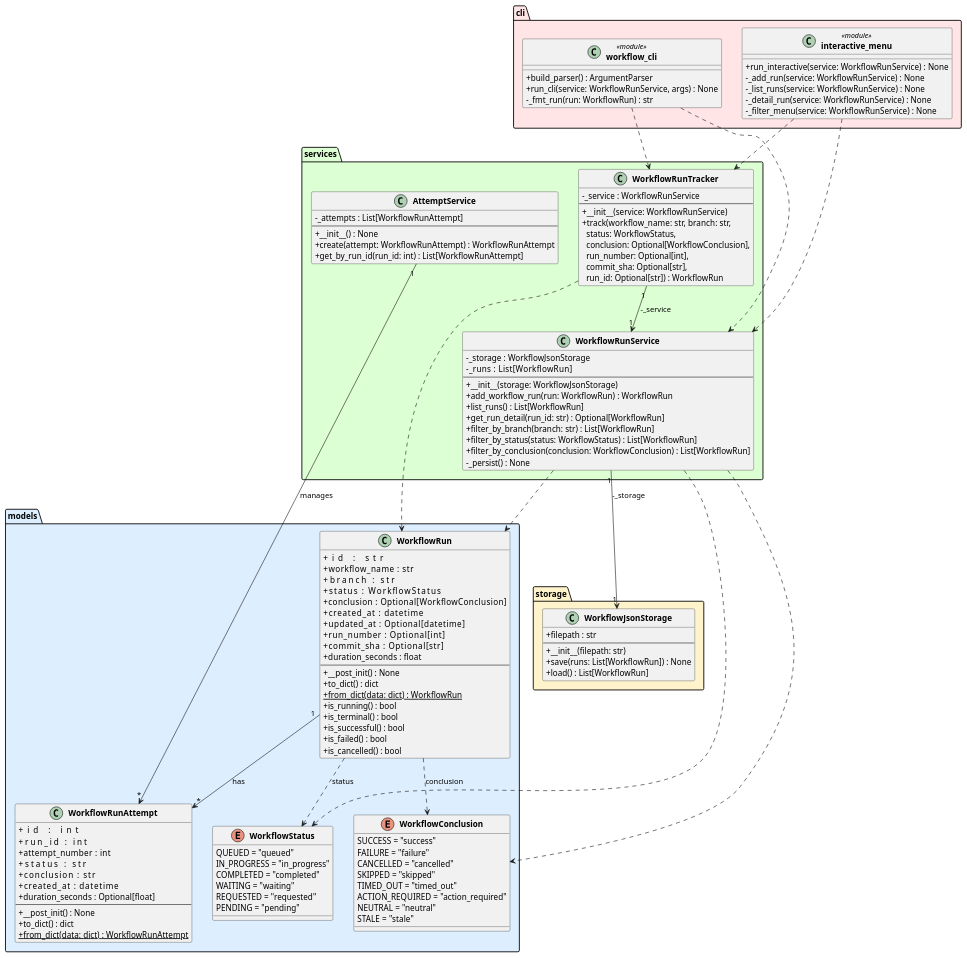
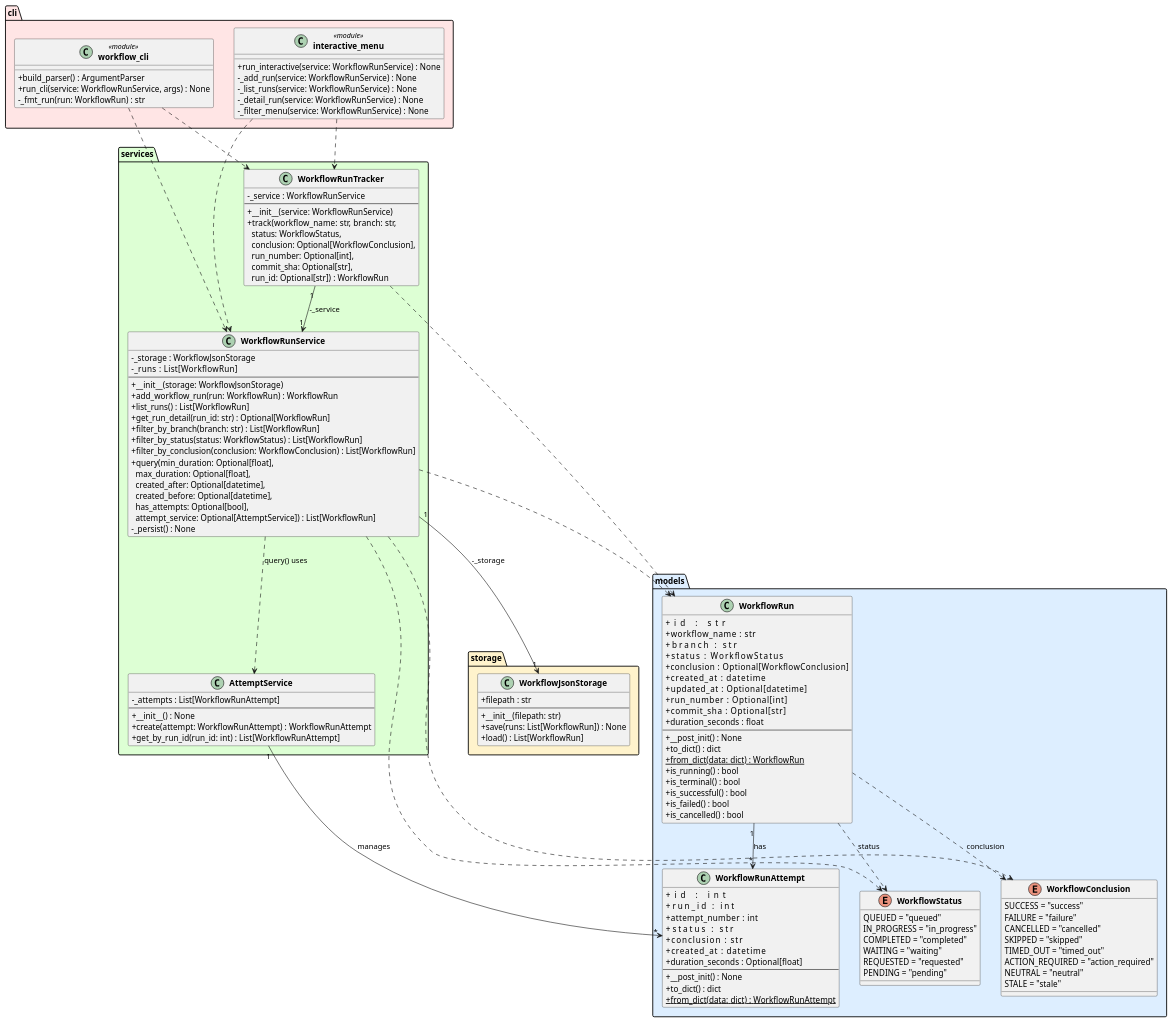
The diagram in experiments/pipeline/test_driven/github-workflow-manager/artifacts/class_diagram.puml (DanielRiha8906/Software_autoevolution_using_agents), drawn with PlantUML before and after one commit. The commit also changed 9 other files, not shown here.

First line of the commit message:
Task 05: Implement WorkflowRunService query functionality

```diff
--- a/experiments/pipeline/test_driven/github-workflow-manager/artifacts/class_diagram.puml
+++ b/experiments/pipeline/test_driven/github-workflow-manager/artifacts/class_diagram.puml
@@ -1,136 +1,138 @@
 @startuml class_diagram
 
 skinparam classAttributeIconSize 0
 skinparam classFontStyle bold
 
 package "models" #DDEEFF {
     enum WorkflowStatus {
         QUEUED = "queued"
         IN_PROGRESS = "in_progress"
         COMPLETED = "completed"
         WAITING = "waiting"
         REQUESTED = "requested"
         PENDING = "pending"
     }
 
     enum WorkflowConclusion {
         SUCCESS = "success"
         FAILURE = "failure"
         CANCELLED = "cancelled"
         SKIPPED = "skipped"
         TIMED_OUT = "timed_out"
         ACTION_REQUIRED = "action_required"
         NEUTRAL = "neutral"
         STALE = "stale"
     }
 
     class WorkflowRun {
         +id                : str
         +workflow_name     : str
         +branch            : str
         +status            : WorkflowStatus
         +conclusion        : Optional[WorkflowConclusion]
         +created_at        : datetime
         +updated_at        : Optional[datetime]
         +run_number        : Optional[int]
         +commit_sha        : Optional[str]
         +duration_seconds  : float
         --
         +__post_init() : None
         +to_dict() : dict
         +{static} from_dict(data: dict) : WorkflowRun
         +is_running() : bool
         +is_terminal() : bool
         +is_successful() : bool
         +is_failed() : bool
         +is_cancelled() : bool
     }
 
     class WorkflowRunAttempt {
         +id                : int
         +run_id            : int
         +attempt_number    : int
         +status            : str
         +conclusion        : str
         +created_at        : datetime
         +duration_seconds  : Optional[float]
         --
         +__post_init() : None
         +to_dict() : dict
         +{static} from_dict(data: dict) : WorkflowRunAttempt
     }
 }
 
 package "storage" #FFF3CC {
     class WorkflowJsonStorage {
         +filepath : str
         --
         +__init__(filepath: str)
         +save(runs: List[WorkflowRun]) : None
         +load() : List[WorkflowRun]
     }
 }
 
 package "services" #DDFFD4 {
     class WorkflowRunService {
         -_storage : WorkflowJsonStorage
         -_runs    : List[WorkflowRun]
         --
         +__init__(storage: WorkflowJsonStorage)
         +add_workflow_run(run: WorkflowRun) : WorkflowRun
         +list_runs() : List[WorkflowRun]
         +get_run_detail(run_id: str) : Optional[WorkflowRun]
         +filter_by_branch(branch: str) : List[WorkflowRun]
         +filter_by_status(status: WorkflowStatus) : List[WorkflowRun]
         +filter_by_conclusion(conclusion: WorkflowConclusion) : List[WorkflowRun]
+        +query(min_duration: Optional[float],\n  max_duration: Optional[float],\n  created_after: Optional[datetime],\n  created_before: Optional[datetime],\n  has_attempts: Optional[bool],\n  attempt_service: Optional[AttemptService]) : List[WorkflowRun]
         -_persist() : None
     }
 
     class WorkflowRunTracker {
         -_service : WorkflowRunService
         --
         +__init__(service: WorkflowRunService)
         +track(workflow_name: str, branch: str,\n  status: WorkflowStatus,\n  conclusion: Optional[WorkflowConclusion],\n  run_number: Optional[int],\n  commit_sha: Optional[str],\n  run_id: Optional[str]) : WorkflowRun
     }
 
     class AttemptService {
         -_attempts : List[WorkflowRunAttempt]
         --
         +__init__() : None
         +create(attempt: WorkflowRunAttempt) : WorkflowRunAttempt
         +get_by_run_id(run_id: int) : List[WorkflowRunAttempt]
     }
 }
 
 package "cli" #FFE5E5 {
     class "workflow_cli" <<module>> {
         +build_parser() : ArgumentParser
         +run_cli(service: WorkflowRunService, args) : None
         -_fmt_run(run: WorkflowRun) : str
     }
 
     class "interactive_menu" <<module>> {
         +run_interactive(service: WorkflowRunService) : None
         -_add_run(service: WorkflowRunService) : None
         -_list_runs(service: WorkflowRunService) : None
         -_detail_run(service: WorkflowRunService) : None
         -_filter_menu(service: WorkflowRunService) : None
     }
 }
 
 WorkflowRun             "1" --> "*" WorkflowRunAttempt : has
 WorkflowRun                ..>  WorkflowStatus        : status
 WorkflowRun                ..>  WorkflowConclusion    : conclusion
 WorkflowRunService    "1" --> "1" WorkflowJsonStorage : -_storage
 WorkflowRunService         ..>  WorkflowRun
 WorkflowRunService         ..>  WorkflowStatus
 WorkflowRunService         ..>  WorkflowConclusion
+WorkflowRunService         ..>  AttemptService : query() uses
 WorkflowRunTracker    "1" --> "1" WorkflowRunService  : -_service
 WorkflowRunTracker         ..>  WorkflowRun
 AttemptService       "1" --> "*" WorkflowRunAttempt : manages
 "workflow_cli"             ..>  WorkflowRunService
 "workflow_cli"             ..>  WorkflowRunTracker
 "interactive_menu"         ..>  WorkflowRunService
 "interactive_menu"         ..>  WorkflowRunTracker
 
 @enduml
```
